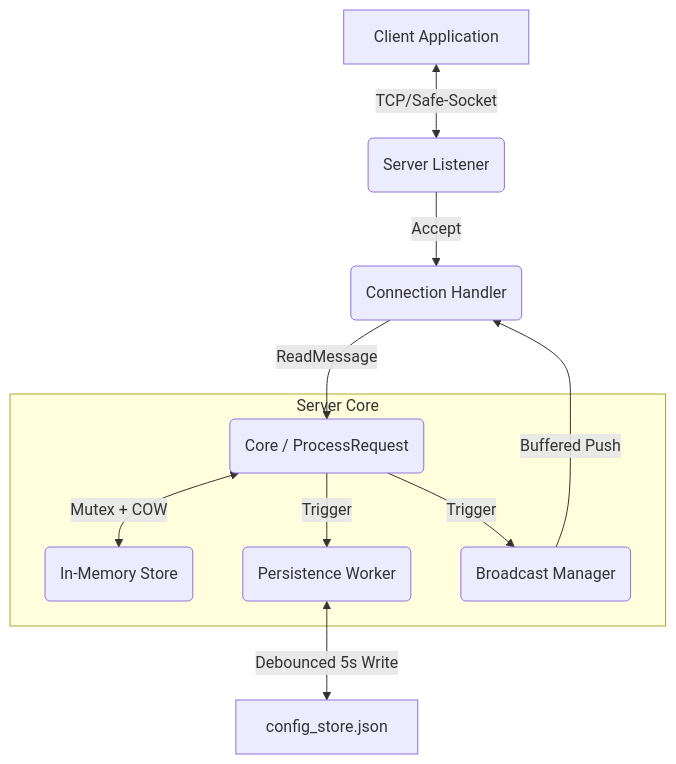
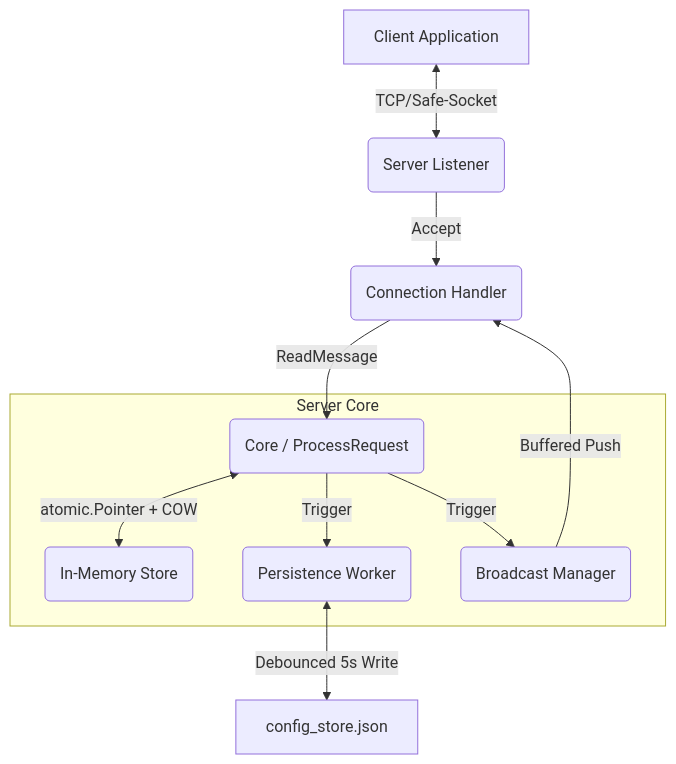
The diagram in ARCHITECTURE.md (Bastien-Antigravity/config-server), drawn with Mermaid before and after one commit. The commit also changed other lines of this file and 6 other files, not shown here.

Commit message:
refactor: optimize server and store concurrency using atomic pointers and COW

````diff
--- a/ARCHITECTURE.md
+++ b/ARCHITECTURE.md
@@ -27,15 +27,15 @@
 ```mermaid
 graph TD
     Client[Client Application] <-->|TCP/Safe-Socket| ServerSocket(Server Listener)
     ServerSocket -->|Accept| ConnectionHandler(Connection Handler)
     ConnectionHandler -->|ReadMessage| RequestHandler(Core / ProcessRequest)
     
     subgraph "Server Core"
-        RequestHandler <-->|Mutex + COW| Store(In-Memory Store)
+        RequestHandler <-->|atomic.Pointer + COW| Store(In-Memory Store)
         RequestHandler -->|Trigger| Persistence(Persistence Worker)
         RequestHandler -->|Trigger| Broadcaster(Broadcast Manager)
     end
     
     Broadcaster -->|Buffered Push| ConnectionHandler
     Persistence <-->|Debounced 5s Write| Disk[config_store.json]
 ```
````
